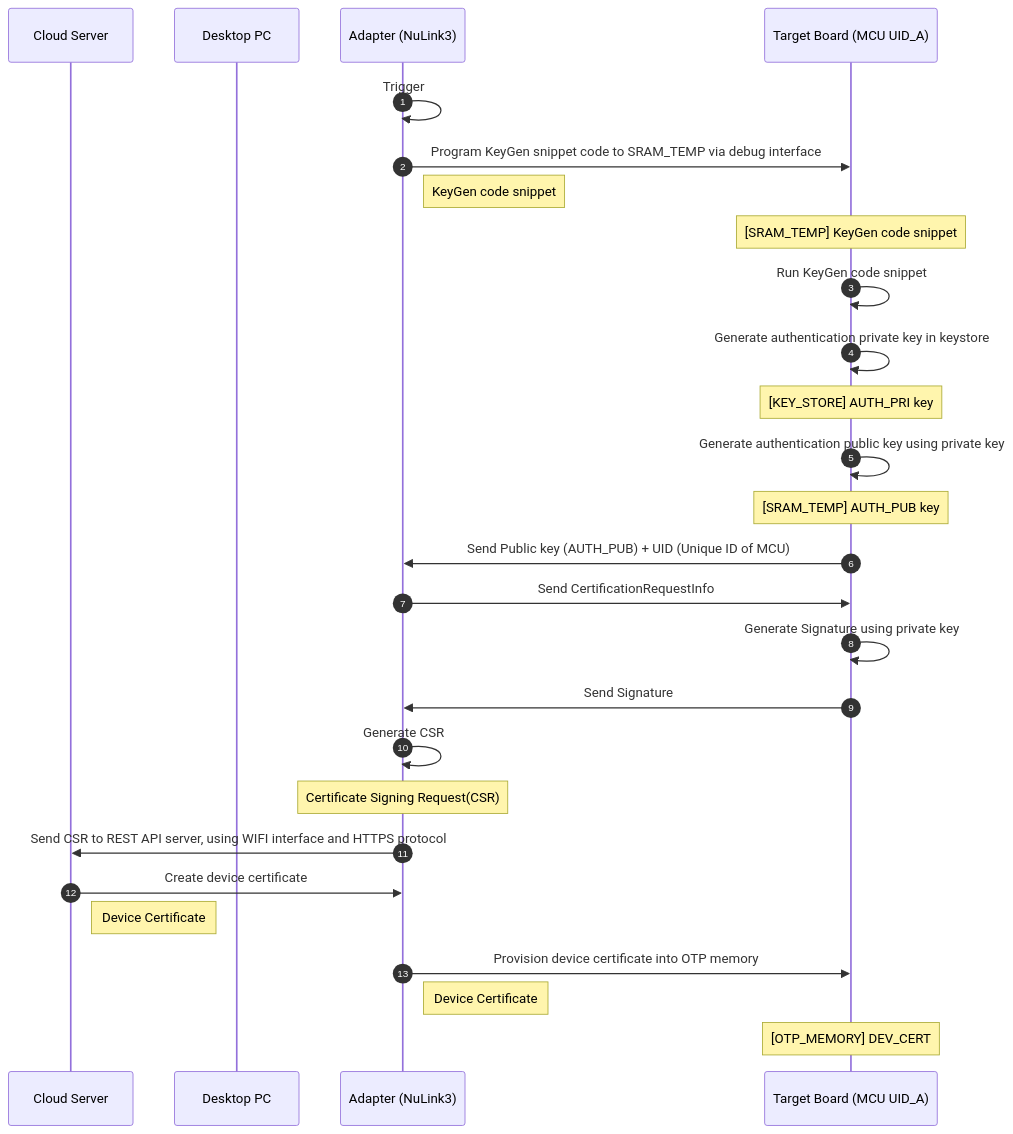
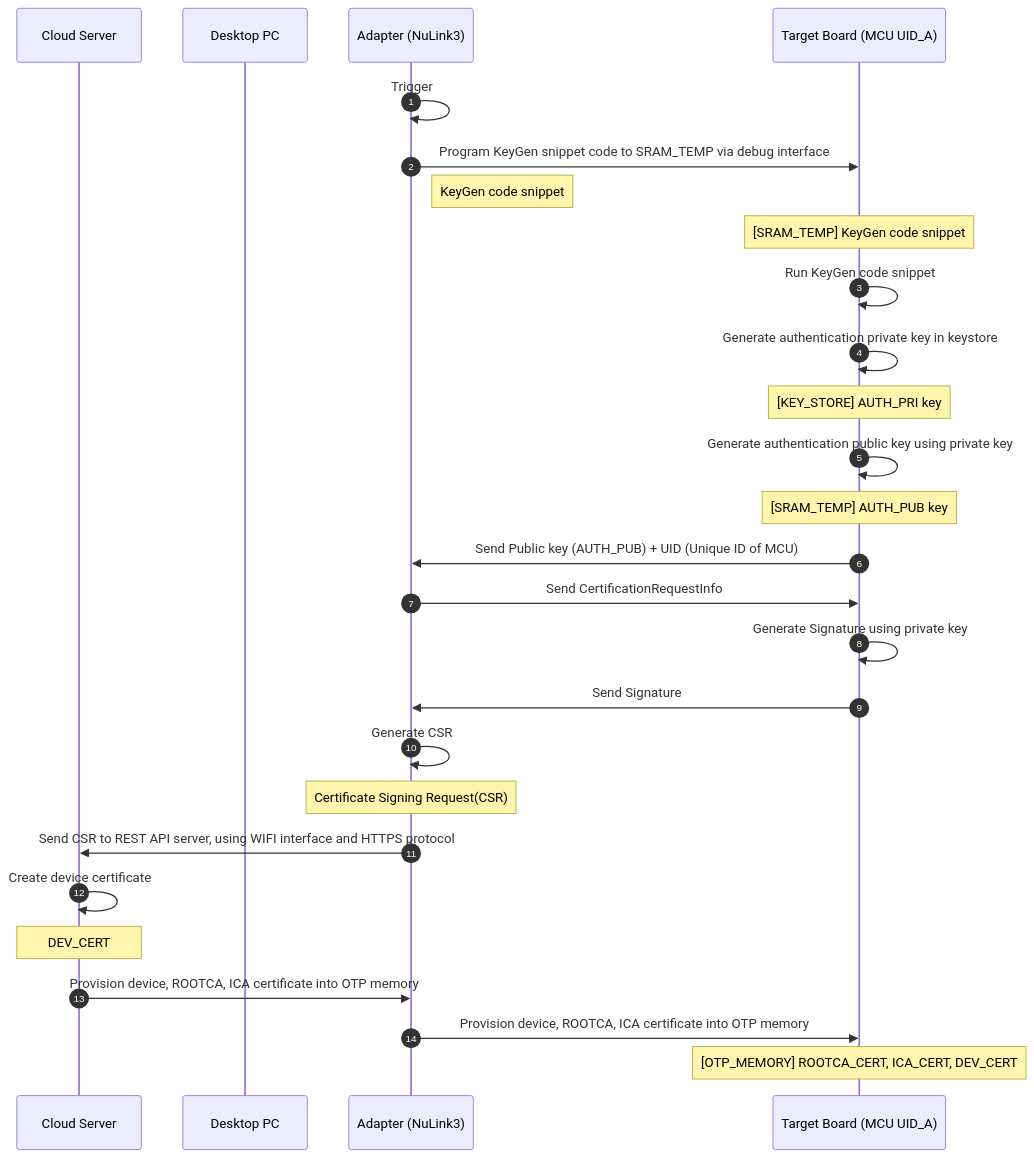
Before and after one commit to ccma1120/NuSEC_System: the diagram in 4. device_authentication_provision.md, drawn with Mermaid.

Commit message:
Update 4. device_authentication_provision.md

````diff
--- a/4. device_authentication_provision.md
+++ b/4. device_authentication_provision.md
@@ -1,29 +1,29 @@
 ```mermaid
 sequenceDiagram
     autonumber
     participant c as Cloud Server
     participant d as Desktop PC
     participant a as Adapter (NuLink3)
     participant t as Target Board (MCU UID_A)
     a ->> a : Trigger
     a ->> t : Program KeyGen snippet code to SRAM_TEMP via debug interface 
     Note right of a: KeyGen code snippet 
     Note over t: [SRAM_TEMP] KeyGen code snippet 
     t ->> t : Run KeyGen code snippet 
     t ->> t : Generate authentication private key in keystore
     Note over t: [KEY_STORE] AUTH_PRI key
     t ->> t : Generate authentication public key using private key 
     Note over t: [SRAM_TEMP] AUTH_PUB key
     t ->> a : Send Public key (AUTH_PUB) + UID (Unique ID of MCU)
     a ->> t : Send CertificationRequestInfo    
     t ->> t : Generate Signature using private key
     t ->> a : Send Signature
     a ->> a : Generate CSR
     Note over a: Certificate Signing Request(CSR)
     a ->> c : Send CSR to REST API server, using WIFI interface and HTTPS protocol
-    c ->> a : Create device certificate
-    Note right of c: Device Certificate
-    a ->> t : Provision device certificate into OTP memory 
-    Note right of a: Device Certificate
-    Note over t: [OTP_MEMORY] DEV_CERT
+    c ->> c : Create device certificate
+    Note over c: DEV_CERT
+    c ->> a : Provision device, ROOTCA, ICA certificate into OTP memory 
+    a ->> t : Provision device, ROOTCA, ICA certificate into OTP memory 
+    Note over t: [OTP_MEMORY] ROOTCA_CERT, ICA_CERT, DEV_CERT
 ```
````
